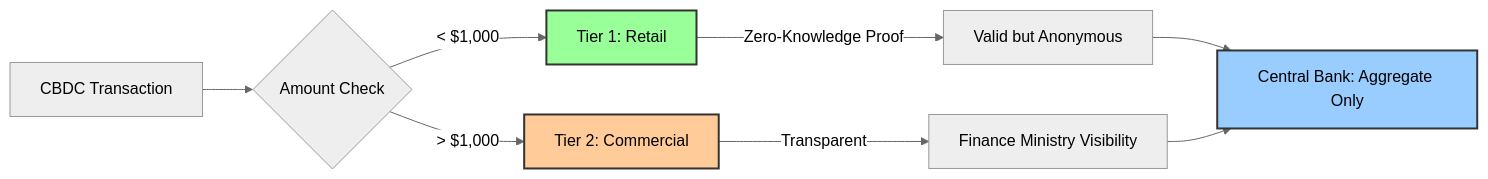
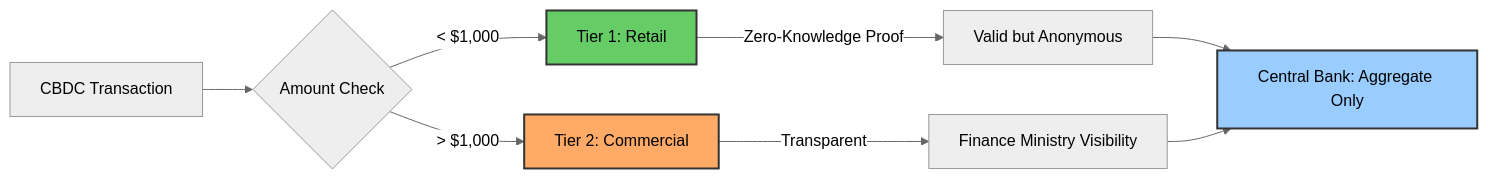
One commit to ljg-cqu/knowledge changed diagram 14 of 16 in Industry/Blockchain/Blockchain/ValueChain/QA_DeepSeek.md. Above: the diagram before and after it, drawn with Mermaid (neutral theme). The commit also changed other lines of this file and 6 other files, not shown here.

````diff
--- a/Industry/Blockchain/Blockchain/ValueChain/QA_DeepSeek.md
+++ b/Industry/Blockchain/Blockchain/ValueChain/QA_DeepSeek.md
@@ -1291,17 +1291,17 @@
 ```mermaid
 graph LR
     A[CBDC Transaction] --> B{Amount Check}
     
     B -->|< $1,000| C[Tier 1: Retail]
     B -->|> $1,000| D[Tier 2: Commercial]
     
     C -->|Zero-Knowledge Proof| E[Valid but Anonymous]
     D -->|Transparent| F[Finance Ministry Visibility]
     
     E --> G[Central Bank: Aggregate Only]
     F --> G
     
-    style C fill:#9f9,stroke:#333,stroke-width:2px
-    style D fill:#fc9,stroke:#333,stroke-width:2px
+    style C fill:#6c6,stroke:#333,stroke-width:2px
+    style D fill:#fa6,stroke:#333,stroke-width:2px
     style G fill:#9cf,stroke:#333,stroke-width:2px
 ```
````
